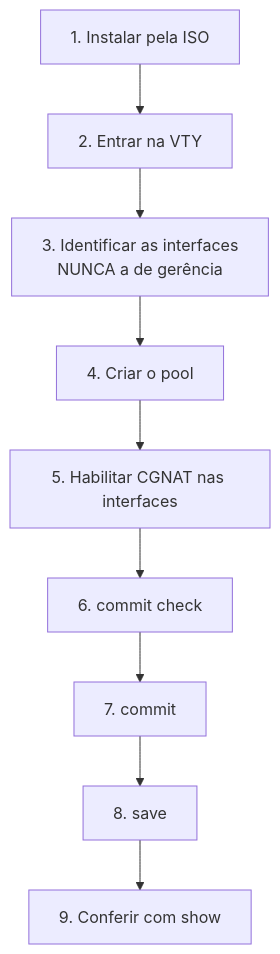
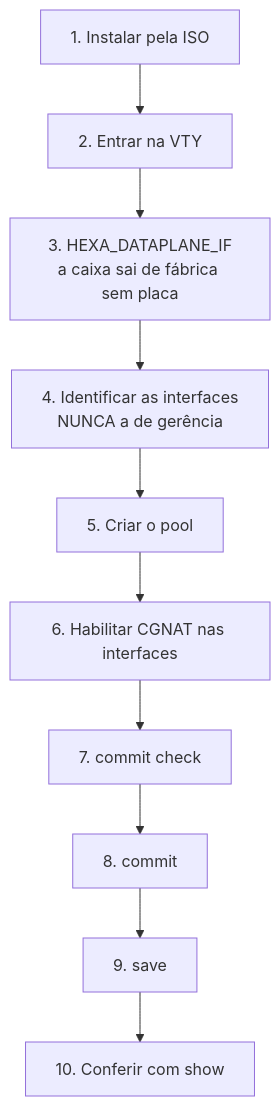
One commit to andrediashexa/prismarouting changed the first of 2 diagrams in wiki/comecar-aqui/primeiros-passos.md. Above: the diagram before and after it, drawn with Mermaid. The commit also changed other lines of this file and 13 other files, not shown here.

````diff
--- a/wiki/comecar-aqui/primeiros-passos.md
+++ b/wiki/comecar-aqui/primeiros-passos.md
@@ -5,11 +5,12 @@
 ```mermaid
 flowchart TD
     A["1. Instalar pela ISO"] --> B["2. Entrar na VTY"]
-    B --> C["3. Identificar as interfaces<br/>NUNCA a de gerência"]
-    C --> D["4. Criar o pool"]
-    D --> E["5. Habilitar CGNAT nas interfaces"]
-    E --> F["6. commit check"]
-    F --> G["7. commit"]
-    G --> H["8. save"]
-    H --> I["9. Conferir com show"]
+    B --> C["3. HEXA_DATAPLANE_IF<br/>a caixa sai de fábrica sem placa"]
+    C --> D["4. Identificar as interfaces<br/>NUNCA a de gerência"]
+    D --> E["5. Criar o pool"]
+    E --> F["6. Habilitar CGNAT nas interfaces"]
+    F --> G["7. commit check"]
+    G --> H["8. commit"]
+    H --> I["9. save"]
+    I --> J["10. Conferir com show"]
 ```
````
